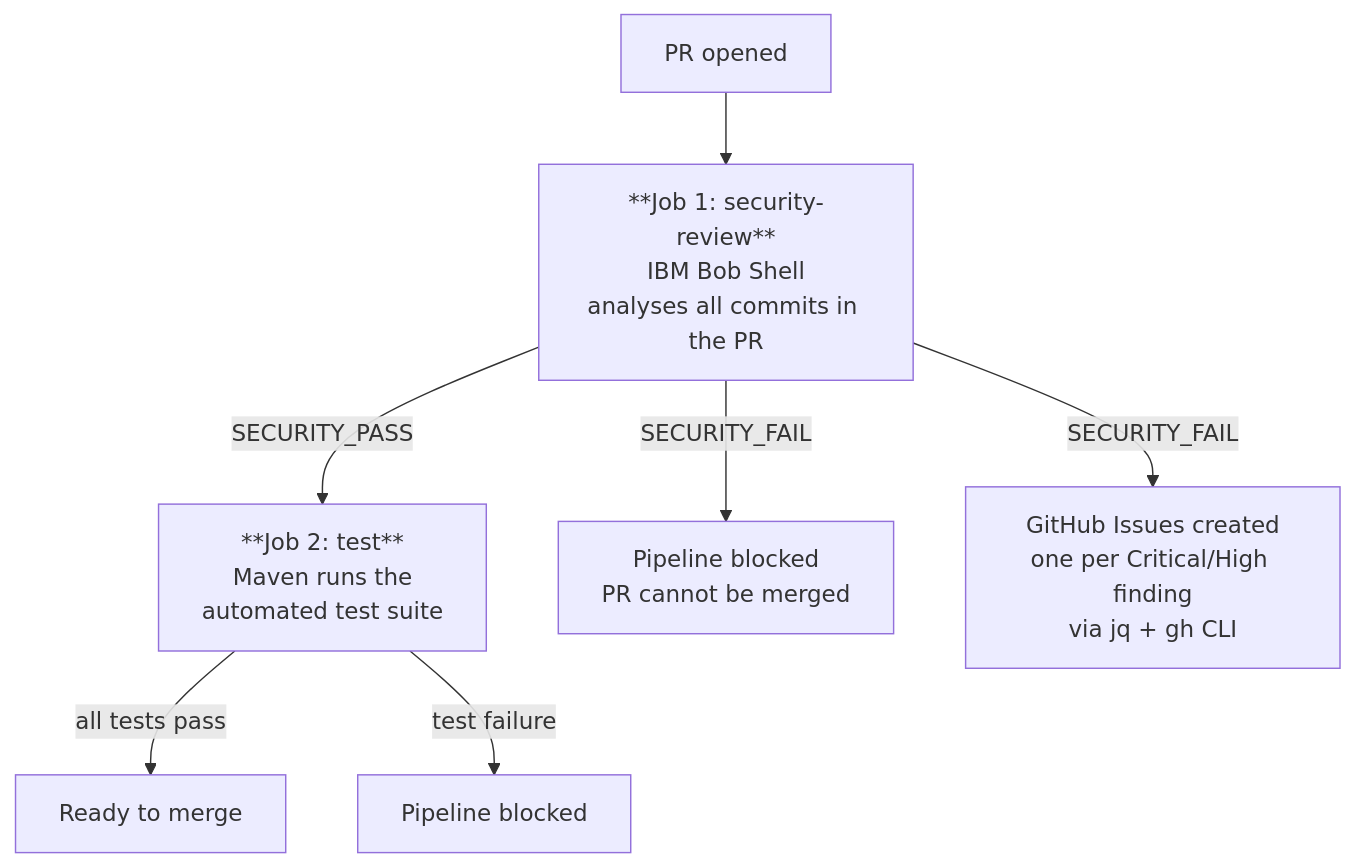
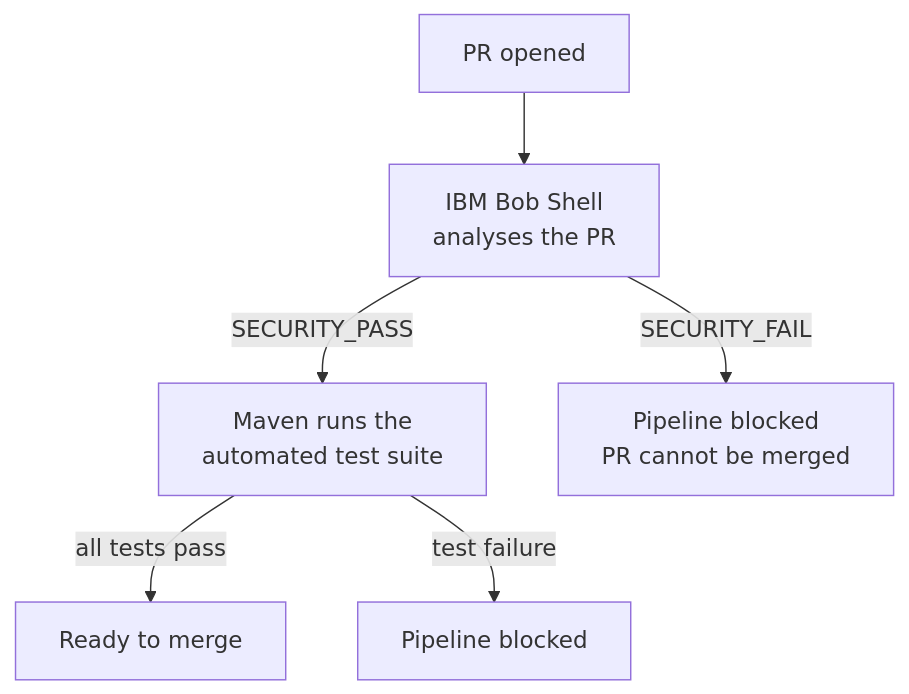
The second of 2 diagrams in README.md (andreadimaio/bob-devsecops), drawn with Mermaid before and after one commit. The commit also changed other lines of this file, not shown here.

````diff
--- a/README.md
+++ b/README.md
@@ -29,13 +29,12 @@
 ```mermaid
 flowchart TD
     PR[PR opened] --> SR
 
-    SR["**Job 1: security-review**\nIBM Bob Shell\nanalyses all commits in the PR"]
+    SR["IBM Bob Shell\nanalyses the PR"]
     SR -->|SECURITY_PASS| T
     SR -->|SECURITY_FAIL| BL[Pipeline blocked\nPR cannot be merged]
-    SR -->|SECURITY_FAIL| ISS["GitHub Issues created\none per Critical/High finding\nvia jq + gh CLI"]
 
-    T["**Job 2: test**\nMaven runs the\nautomated test suite"]
+    T["Maven runs the\nautomated test suite"]
     T -->|all tests pass| M[Ready to merge]
     T -->|test failure| BL2[Pipeline blocked]
 ```
````
